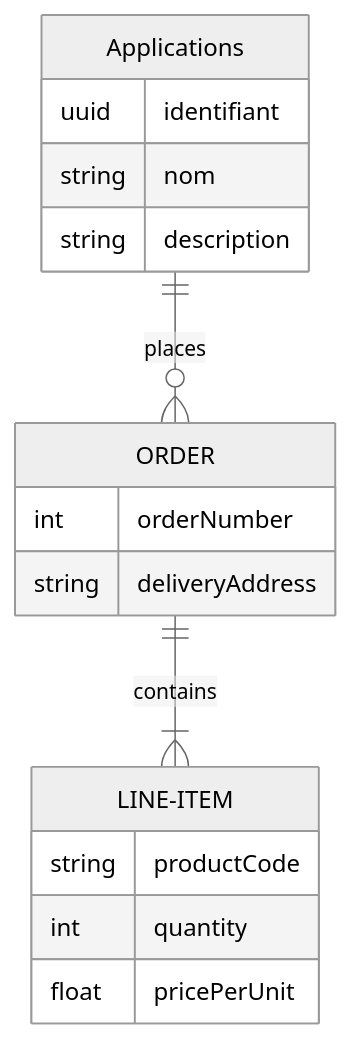
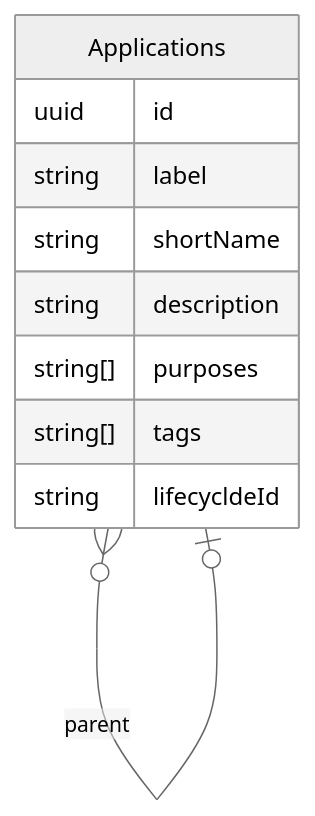
The diagram in docs/data-model.md (dnum-mi/Referentiel-applicatif), drawn with Mermaid (neutral theme) before and after one commit.

Commit message:
table applications

````diff
--- a/docs/data-model.md
+++ b/docs/data-model.md
@@ -4,20 +4,13 @@
 ```mermaid
 erDiagram
-    Applications ||--o{ ORDER : places
+    Applications }o --o| Applications : parent
     Applications {
-        uuid identifiant
-        string nom
-        string description
+         uuid id
+         string label               
+         string shortName
+         string description
+         string[] purposes
+         string[] tags
+         string lifecycldeId 
     }
-    ORDER ||--|{ LINE-ITEM : contains
-    ORDER {
-        int orderNumber
-        string deliveryAddress
-    }
-    LINE-ITEM {
-        string productCode
-        int quantity
-        float pricePerUnit
-    }
-
 ```
````
